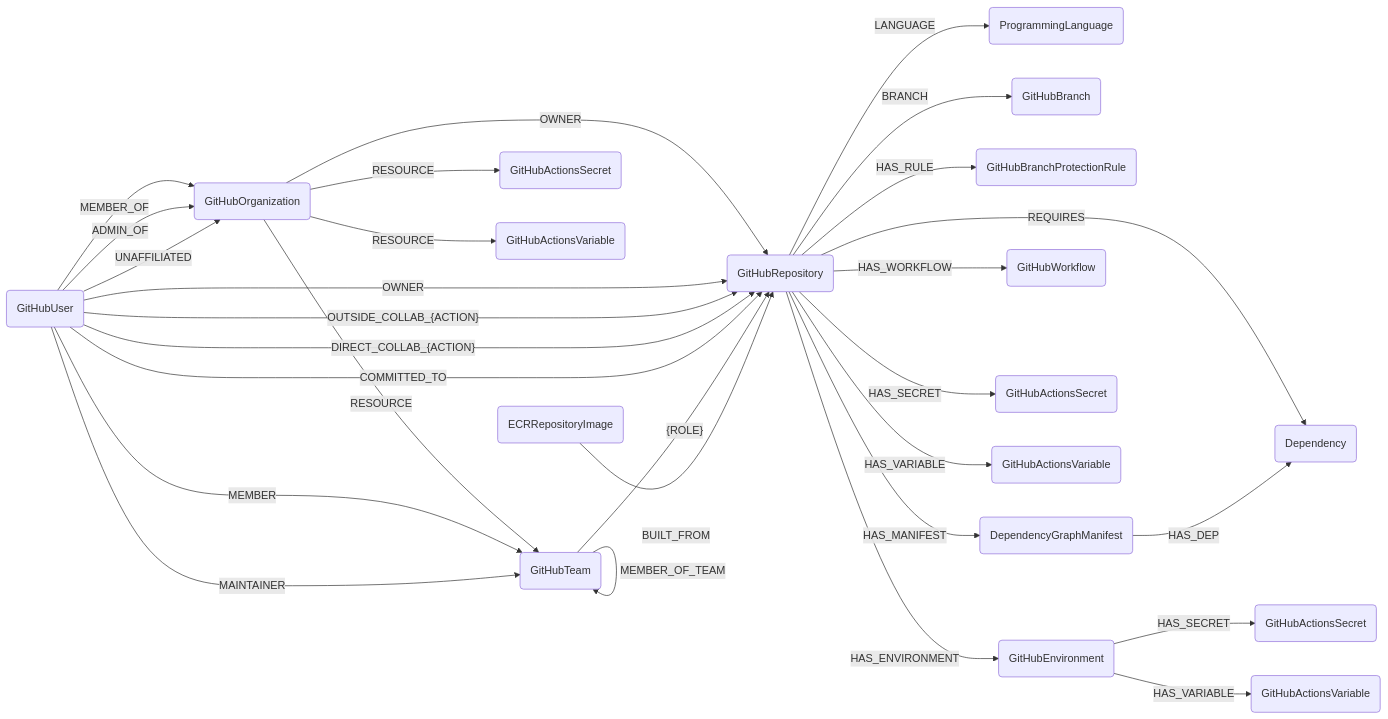
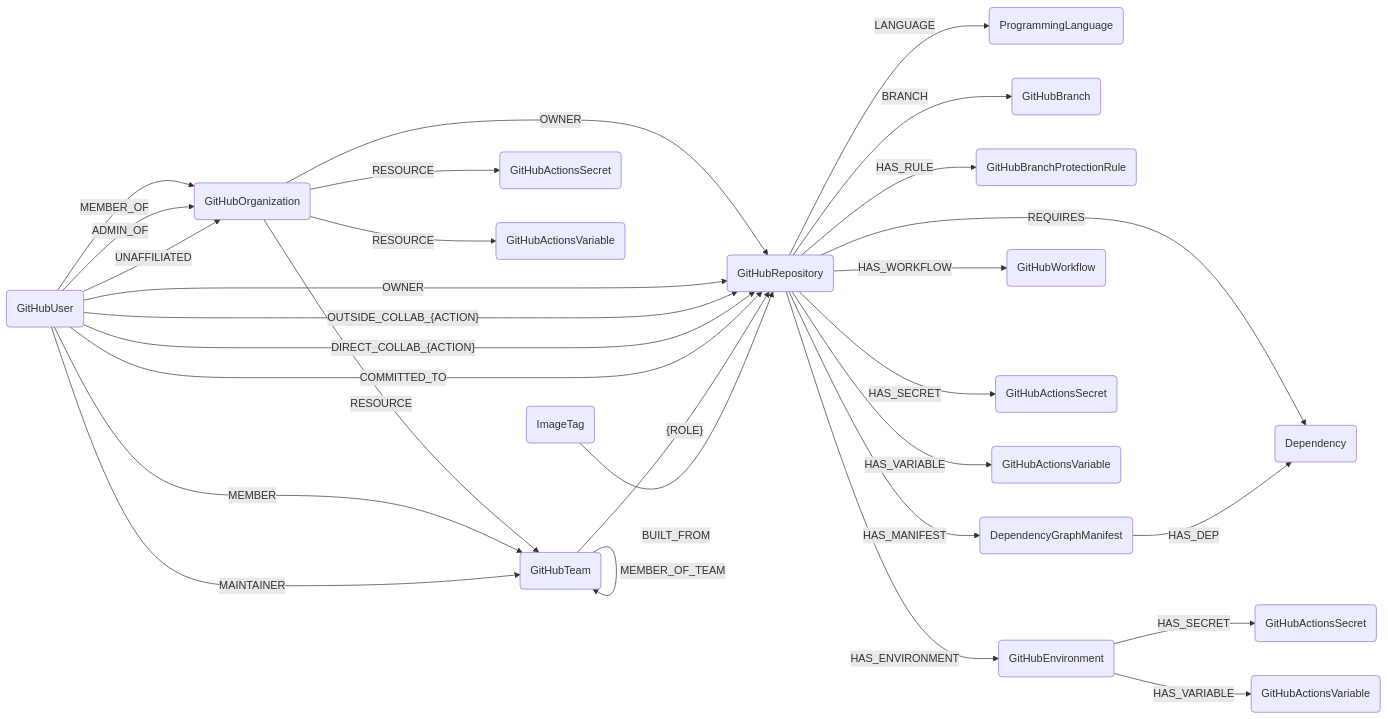
One commit to cartography-cncf/cartography changed the diagram in docs/root/modules/github/schema.md. Above: the diagram before and after it, drawn with Mermaid. The commit also changed 2 other files, not shown here.

Commit message:
fix: address remaining Cubic review feedback
- Use lazy logging format (%s) in GitHub __init__.py
- Handle 403/422/429 errors in get_file_content gracefully
- Update schema diagram to use ImageTag instead of ECRRepositoryImage

````diff
--- a/docs/root/modules/github/schema.md
+++ b/docs/root/modules/github/schema.md
@@ -3,32 +3,32 @@
 ```mermaid
 graph LR
 
 O(GitHubOrganization) -- OWNER --> R(GitHubRepository)
 O -- RESOURCE --> T(GitHubTeam)
 O -- RESOURCE --> OS(GitHubActionsSecret)
 O -- RESOURCE --> OV(GitHubActionsVariable)
 U(GitHubUser) -- MEMBER_OF --> O
 U -- ADMIN_OF --> O
 U -- UNAFFILIATED --> O
 U -- OWNER --> R
 U -- OUTSIDE_COLLAB_{ACTION} --> R
 U -- DIRECT_COLLAB_{ACTION} --> R
 U -- COMMITTED_TO --> R
 R -- LANGUAGE --> L(ProgrammingLanguage)
 R -- BRANCH --> B(GitHubBranch)
 R -- HAS_RULE --> BPR(GitHubBranchProtectionRule)
 R -- REQUIRES --> D(Dependency)
 R -- HAS_MANIFEST --> M(DependencyGraphManifest)
 R -- HAS_WORKFLOW --> W(GitHubWorkflow)
 R -- HAS_SECRET --> RS(GitHubActionsSecret)
 R -- HAS_VARIABLE --> RV(GitHubActionsVariable)
 R -- HAS_ENVIRONMENT --> E(GitHubEnvironment)
 E -- HAS_SECRET --> ES(GitHubActionsSecret)
 E -- HAS_VARIABLE --> EV(GitHubActionsVariable)
 M -- HAS_DEP --> D
 T -- {ROLE} --> R
 T -- MEMBER_OF_TEAM --> T
 U -- MEMBER --> T
 U -- MAINTAINER --> T
-ECR(ECRRepositoryImage) -- BUILT_FROM --> R
+IT(ImageTag) -- BUILT_FROM --> R
 ```
````
